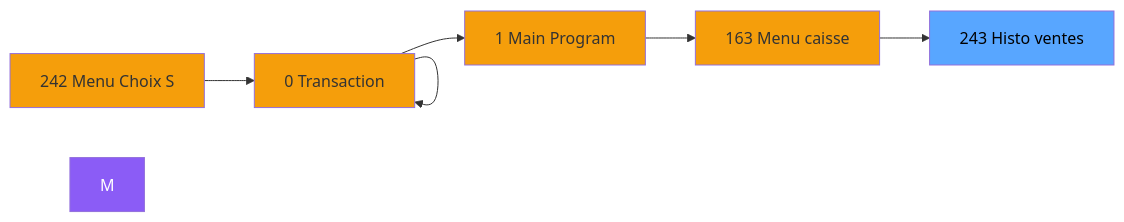
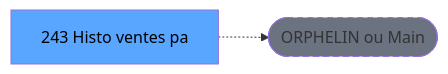
One commit to thonyAGP/lecteur-magic changed the second of 3 diagrams in .openspec/specs/ADH-IDE-243.md. Above: the diagram before and after it, drawn with Mermaid. The commit also changed other lines of this file and 701 other files, not shown here.

````diff
--- a/.openspec/specs/ADH-IDE-243.md
+++ b/.openspec/specs/ADH-IDE-243.md
@@ -151,21 +141,8 @@
 ```mermaid
 graph LR
-    N242[242 Menu Choix S]
-    N0[0 Transaction ]
-    N0[0 Transaction ]
-    N1[1 Main Program]
-    N163[163 Menu caisse ]
-    T[243 Histo ventes]
-    N242 --> N0
-    N0 --> N0
-    N0 --> N1
-    N1 --> N163
-    N163 --> T
-    style M fill:#8b5cf6,color:#fff
-    style N242 fill:#f59e0b
-    style N0 fill:#f59e0b
-    style N0 fill:#f59e0b
-    style N1 fill:#f59e0b
-    style N163 fill:#f59e0b
+    T[243 Histo ventes pa]
+    ORPHAN([ORPHELIN ou Main])
+    T -.-> ORPHAN
     style T fill:#58a6ff,color:#000
+    style ORPHAN fill:#6b7280,stroke-dasharray: 5 5
 ```
````
